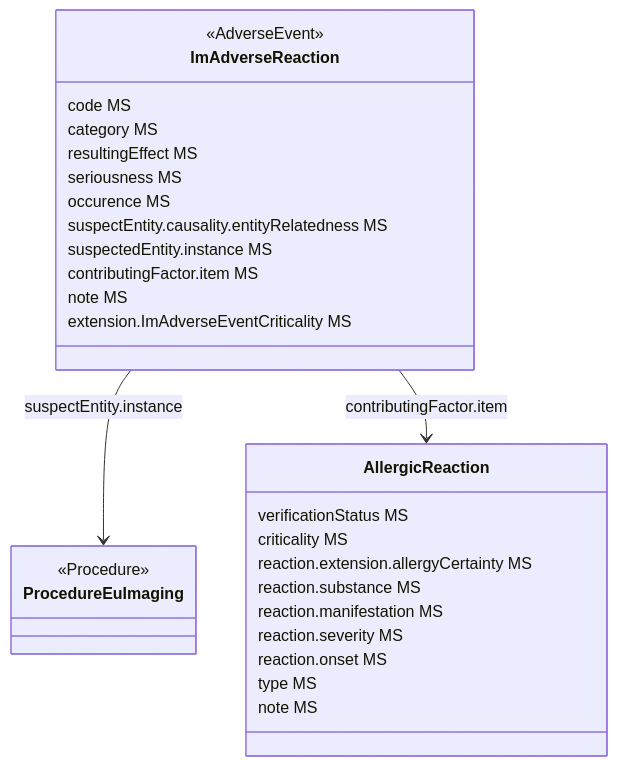
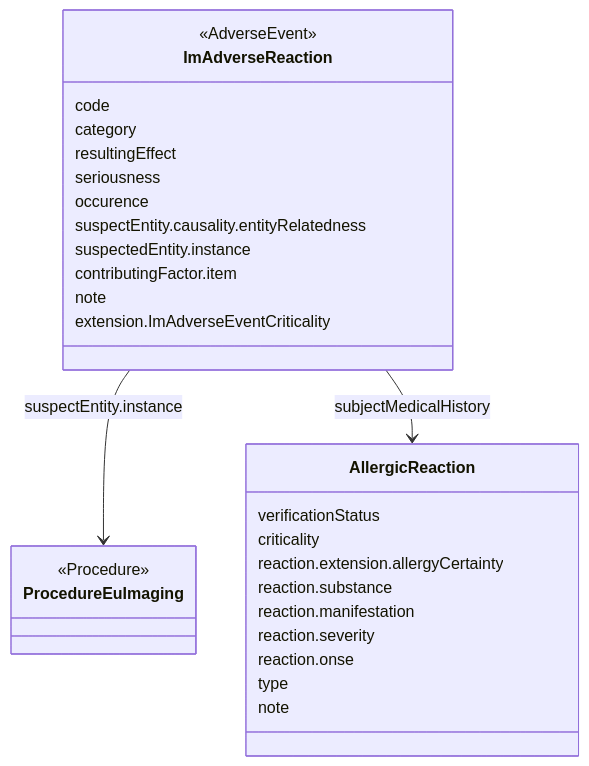
The diagram in igs/imaging-r4/input/pagecontent/design-consideration-procedure-adverse-reaction.md (hl7-eu/imaging), drawn with Mermaid before and after one commit. The commit also changed other lines of this file and 27 other files, not shown here.

````diff
--- a/igs/imaging-r4/input/pagecontent/design-consideration-procedure-adverse-reaction.md
+++ b/igs/imaging-r4/input/pagecontent/design-consideration-procedure-adverse-reaction.md
@@ -10,35 +12,35 @@
 ```mermaid
 classDiagram
   class ImAdverseReaction {
     <<AdverseEvent>>
-    code MS
-    category MS
-    resultingEffect MS
-    seriousness MS
-    occurence MS
-    suspectEntity.causality.entityRelatedness MS
-    suspectedEntity.instance MS
-    contributingFactor.item MS
-    note MS
-    extension.ImAdverseEventCriticality MS
+    code
+    category
+    resultingEffect
+    seriousness
+    occurence
+    suspectEntity.causality.entityRelatedness
+    suspectedEntity.instance
+    contributingFactor.item
+    note
+    extension.ImAdverseEventCriticality
   }
 
   class AllergicReaction{
-    verificationStatus MS
-    criticality MS
-    reaction.extension.allergyCertainty MS
-    reaction.substance MS
-    reaction.manifestation MS
-    reaction.severity  MS
-    reaction.onset MS
-    type MS
-    note MS
+    verificationStatus 
+    criticality
+    reaction.extension.allergyCertainty
+    reaction.substance
+    reaction.manifestation
+    reaction.severity
+    reaction.onse
+    type
+    note
   }
 
   class ProcedureEuImaging{
     <<Procedure>>
   }
 
   ImAdverseReaction --> ProcedureEuImaging: suspectEntity.instance
-  ImAdverseReaction --> AllergicReaction: contributingFactor.item
+  ImAdverseReaction --> AllergicReaction: subjectMedicalHistory
 ```
````
